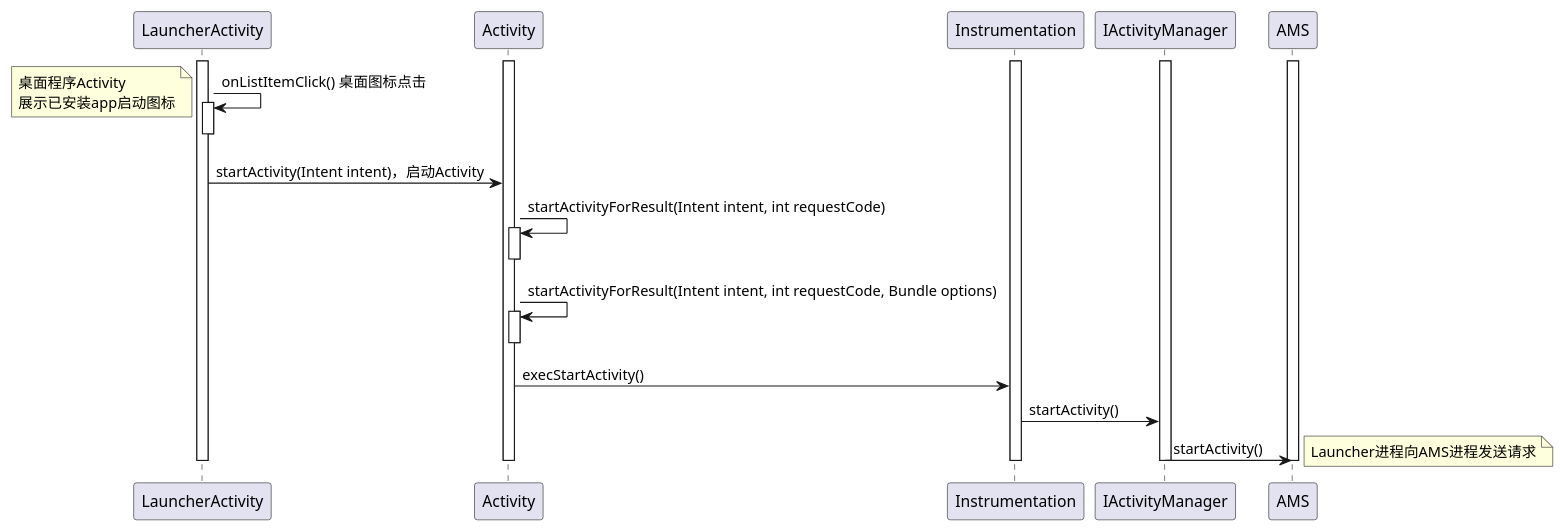
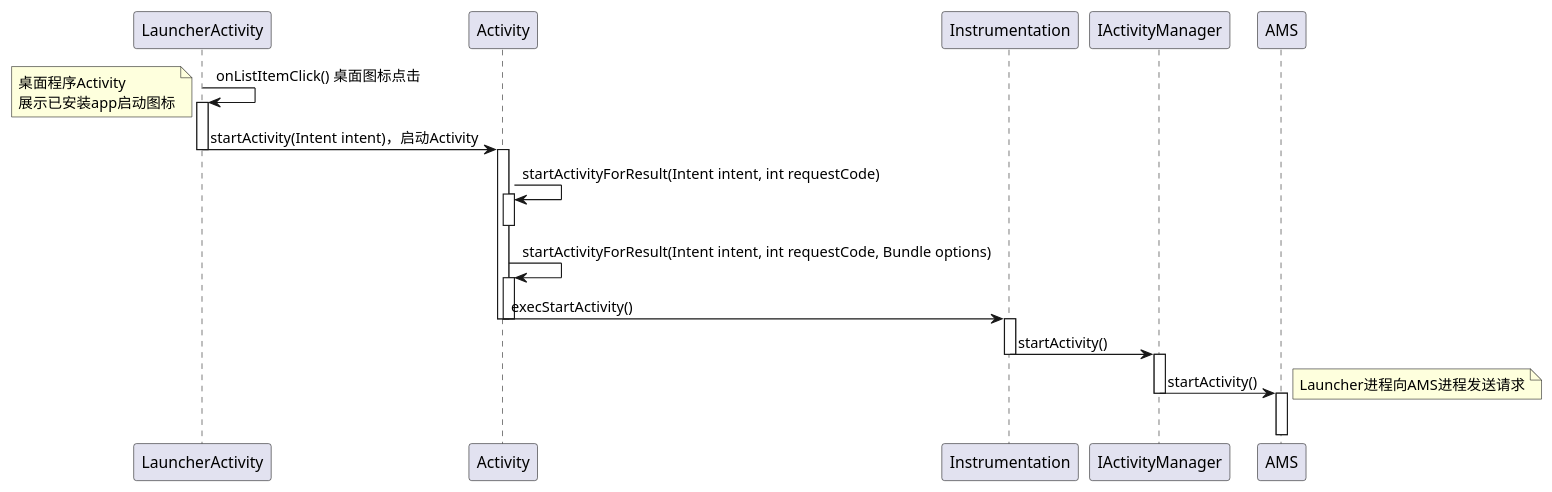
One commit to xHonghui/android-26 changed the diagram in doc/activity/process_launcher_1.puml. Above: the diagram before and after it, drawn with PlantUML. The commit also changed 4 other files, not shown here.

Commit message:
feat: puml流程图标准调整；

```diff
--- a/doc/activity/process_launcher_1.puml
+++ b/doc/activity/process_launcher_1.puml
@@ -1,50 +1,48 @@
 @startuml
 'https://plantuml.com/sequence-diagram
 '应用进程启动过程(1)
 'Launcher进程向AMS进程发送请求
 
 participant LauncherActivity
 participant Activity
 participant Instrumentation
 participant IActivityManager
 participant AMS
 
-activate Instrumentation
-activate Activity
-activate LauncherActivity
-activate IActivityManager
-activate AMS
-
 '点击桌面图标
 LauncherActivity -> LauncherActivity: onListItemClick() 桌面图标点击
 note left
         桌面程序Activity
         展示已安装app启动图标
 end note
 activate LauncherActivity
+'包装相关请求参数
+LauncherActivity -> Activity: startActivity(Intent intent)，启动Activity
 deactivate LauncherActivity
 
-'包装相关请求参数
-LauncherActivity -> Activity: startActivity(Intent intent)，启动Activity
+activate Activity
 Activity -> Activity: startActivityForResult(Intent intent, int requestCode)
 activate Activity
 deactivate Activity
 Activity -> Activity: startActivityForResult(Intent intent, int requestCode, Bundle options)
 activate Activity
+Activity -> Instrumentation: execStartActivity()
 deactivate Activity
-Activity -> Instrumentation: execStartActivity()
+deactivate Activity
 
 '向AMS发送请求
+activate Instrumentation
 Instrumentation -> IActivityManager: startActivity()
+deactivate Instrumentation
+
+activate IActivityManager
 IActivityManager -> AMS: startActivity()
 note right
     Launcher进程向AMS进程发送请求
 end note
-
-deactivate LauncherActivity
-deactivate Activity
-deactivate Instrumentation
 deactivate IActivityManager
+activate AMS
+|||
 deactivate AMS
 
 @enduml
```
